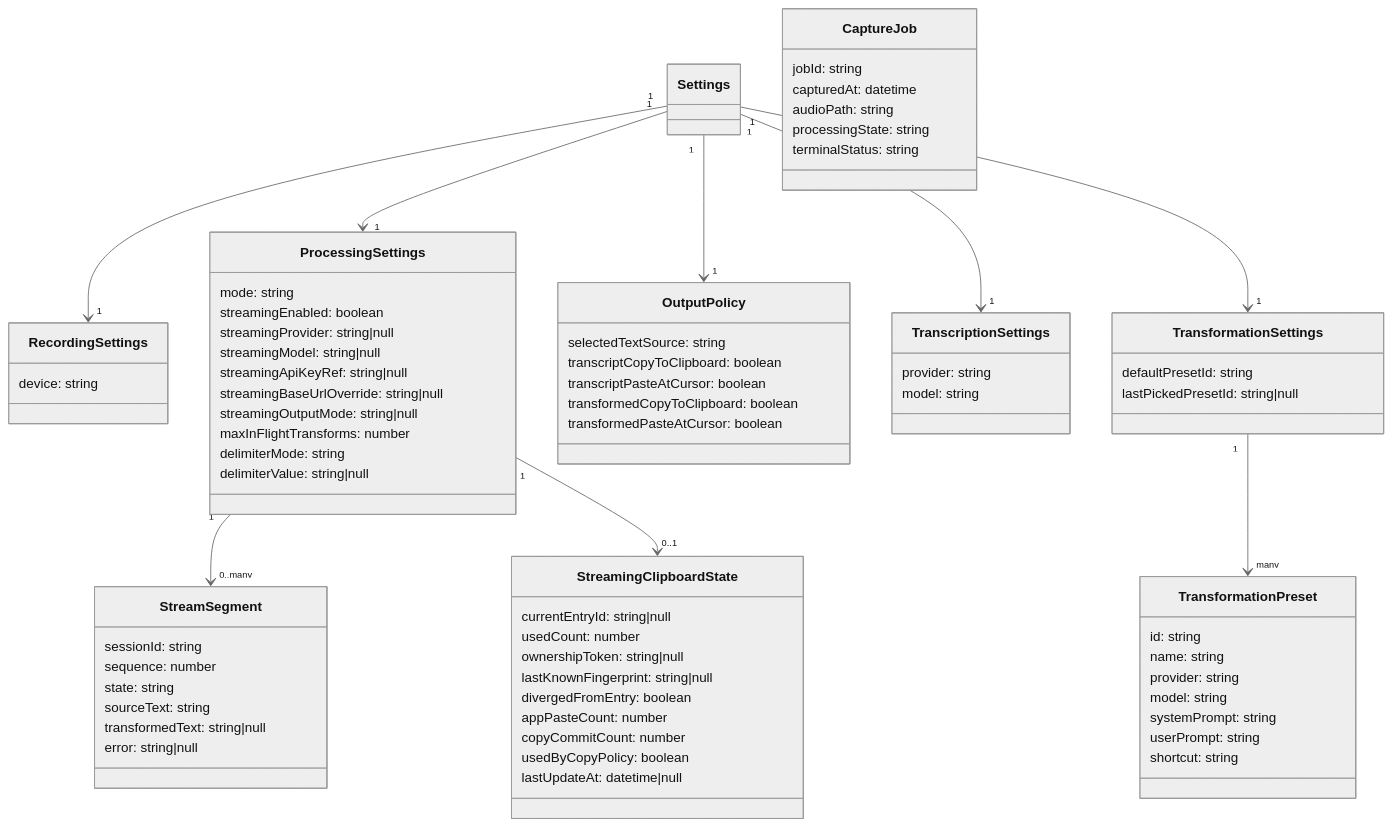
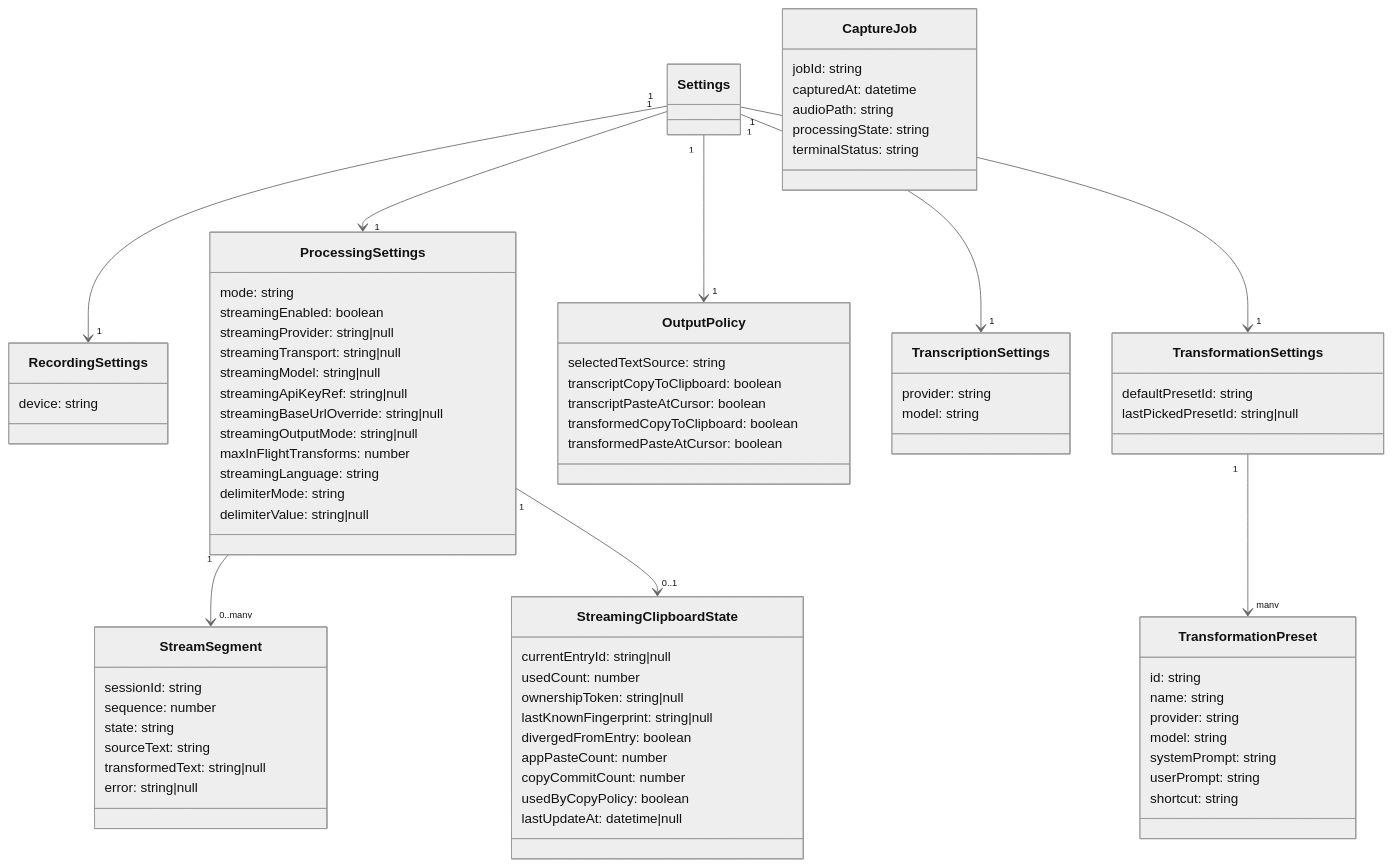
Before and after one commit to massun-onibakuchi/speech-to-text-app: the second of 8 diagrams in specs/spec.md, drawn with Mermaid (neutral theme). The commit also changed other lines of this file and 4 other files, not shown here.

```diff
--- a/specs/spec.md
+++ b/specs/spec.md
@@ -431,11 +440,13 @@
     mode: string
     streamingEnabled: boolean
     streamingProvider: string|null
+    streamingTransport: string|null
     streamingModel: string|null
     streamingApiKeyRef: string|null
     streamingBaseUrlOverride: string|null
     streamingOutputMode: string|null
     maxInFlightTransforms: number
+    streamingLanguage: string
     delimiterMode: string
     delimiterValue: string|null
   }
```
